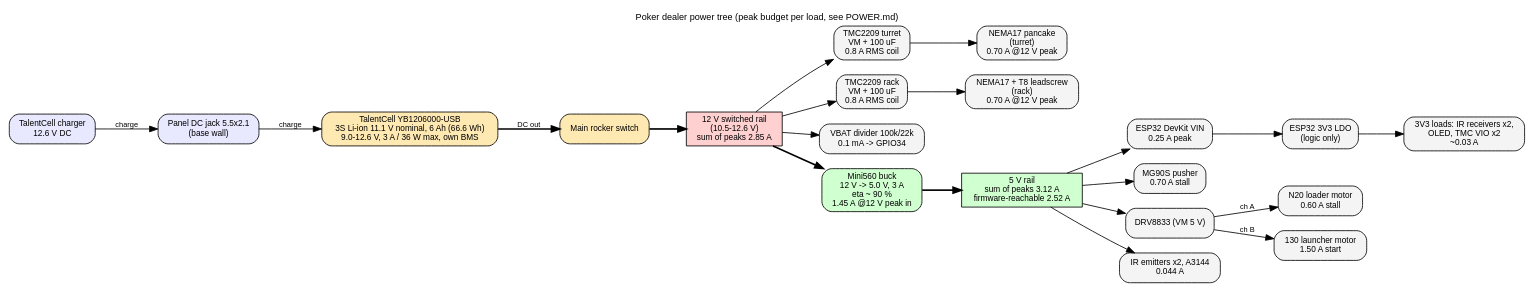
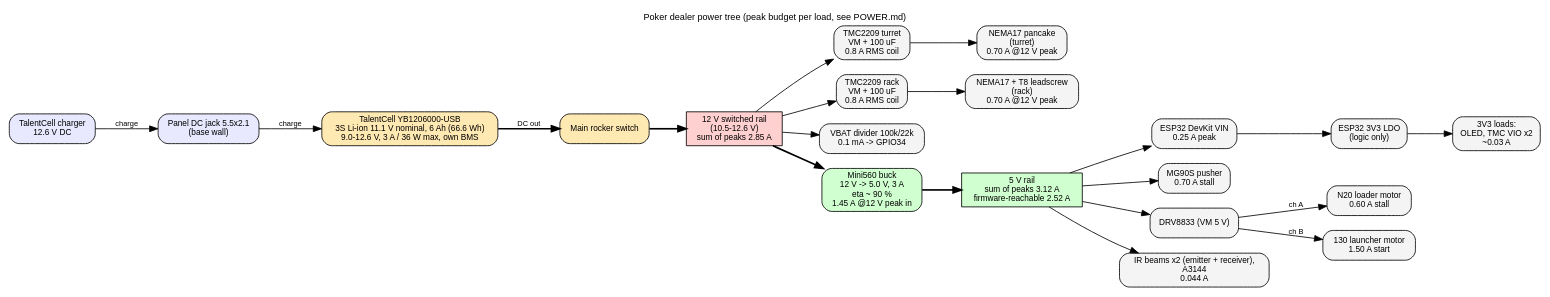
The diagram in electronics/power.dot (tthemolex/poker-machine), drawn with Graphviz before and after one commit. The commit also changed 159 other files, not shown here.

```diff
--- a/electronics/power.dot
+++ b/electronics/power.dot
@@ -1,42 +1,42 @@
 // Power tree. Render: dot -Tsvg power.dot -o power.svg && dot -Tpng -Gdpi=150 power.dot -o power.png
 // Currents are PEAK budget values from POWER.md (not simultaneous unless noted there).
 digraph power {
   rankdir=LR;
   graph [fontname="Helvetica", fontsize=11, nodesep=0.25, ranksep=0.6, label="Poker dealer power tree (peak budget per load, see POWER.md)", labelloc=t];
   node  [fontname="Helvetica", fontsize=10, shape=box, style="rounded,filled", fillcolor="#f4f4f4"];
   edge  [fontname="Helvetica", fontsize=9];
 
   charger [label="TalentCell charger\n12.6 V DC", fillcolor="#e8e8ff"];
   jack    [label="Panel DC jack 5.5x2.1\n(base wall)", fillcolor="#e8e8ff"];
   bat     [label="TalentCell YB1206000-USB\n3S Li-ion 11.1 V nominal, 6 Ah (66.6 Wh)\n9.0-12.6 V, 3 A / 36 W max, own BMS", fillcolor="#ffe9b3"];
   sw      [label="Main rocker switch", fillcolor="#ffe9b3"];
   rail12  [label="12 V switched rail\n(10.5-12.6 V)\nsum of peaks 2.85 A", shape=box, style="filled", fillcolor="#ffd0d0"];
 
   tmct [label="TMC2209 turret\nVM + 100 uF\n0.8 A RMS coil"];
   tmcr [label="TMC2209 rack\nVM + 100 uF\n0.8 A RMS coil"];
   mt   [label="NEMA17 pancake\n(turret)\n0.70 A @12 V peak"];
   mr   [label="NEMA17 + T8 leadscrew\n(rack)\n0.70 A @12 V peak"];
   div  [label="VBAT divider 100k/22k\n0.1 mA -> GPIO34"];
   buck [label="Mini560 buck\n12 V -> 5.0 V, 3 A\neta ~ 90 %\n1.45 A @12 V peak in", fillcolor="#d0ffd0"];
   rail5 [label="5 V rail\nsum of peaks 3.12 A\nfirmware-reachable 2.52 A", style="filled", fillcolor="#d0ffd0"];
 
   esp  [label="ESP32 DevKit VIN\n0.25 A peak"];
   reg  [label="ESP32 3V3 LDO\n(logic only)"];
-  logic [label="3V3 loads: IR receivers x2,\nOLED, TMC VIO x2\n~0.03 A"];
+  logic [label="3V3 loads:\nOLED, TMC VIO x2\n~0.03 A"];
   servo [label="MG90S pusher\n0.70 A stall"];
   drv  [label="DRV8833 (VM 5 V)"];
   n20  [label="N20 loader motor\n0.60 A stall"];
   m130 [label="130 launcher motor\n1.50 A start"];
-  small [label="IR emitters x2, A3144\n0.044 A"];
+  small [label="IR beams x2 (emitter + receiver),\nA3144\n0.044 A"];
 
   charger -> jack -> bat [label="charge"];
   bat -> sw [label="DC out", penwidth=2];
   sw -> rail12 [penwidth=2];
   rail12 -> tmct; rail12 -> tmcr; rail12 -> div;
   rail12 -> buck [penwidth=2];
   tmct -> mt; tmcr -> mr;
   buck -> rail5 [penwidth=2];
   rail5 -> esp -> reg -> logic;
   rail5 -> servo; rail5 -> drv; rail5 -> small;
   drv -> n20 [label="ch A"]; drv -> m130 [label="ch B"];
 }
```
